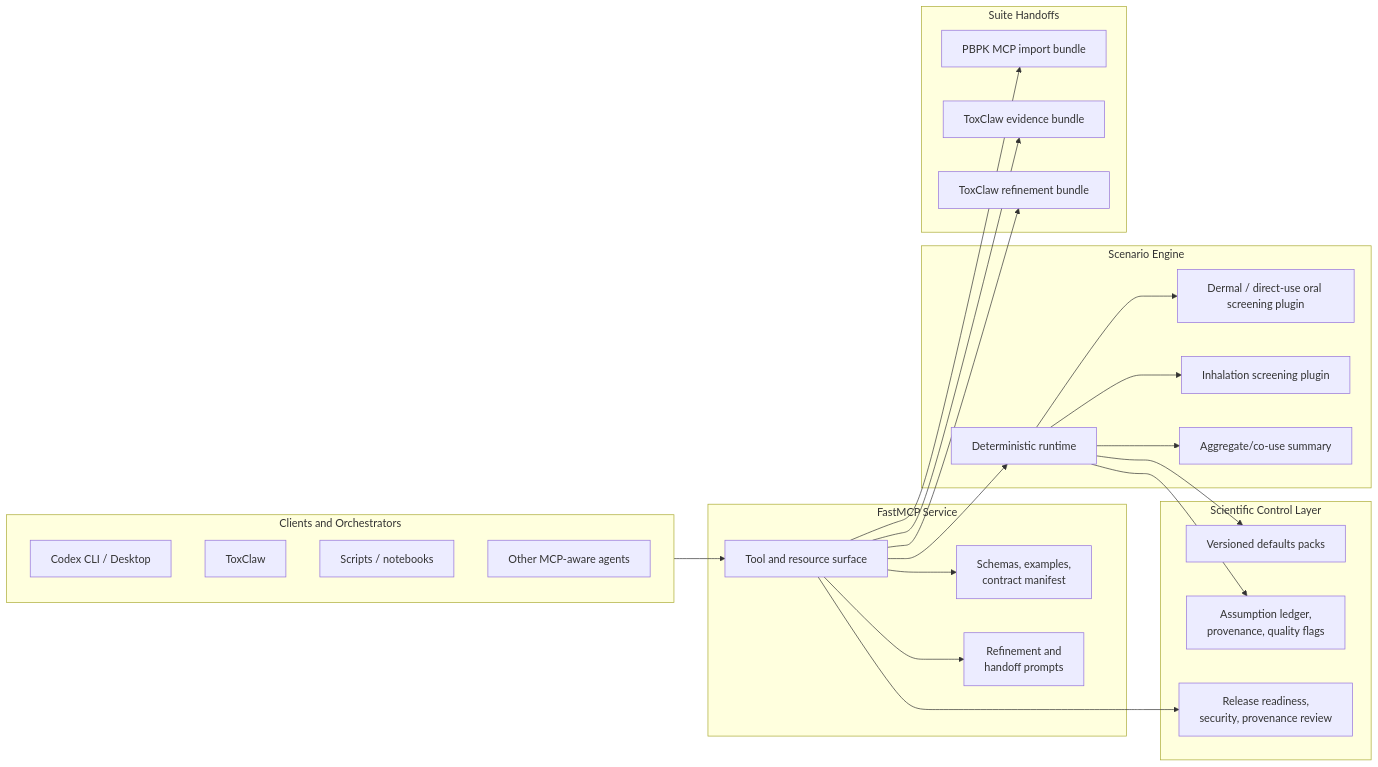
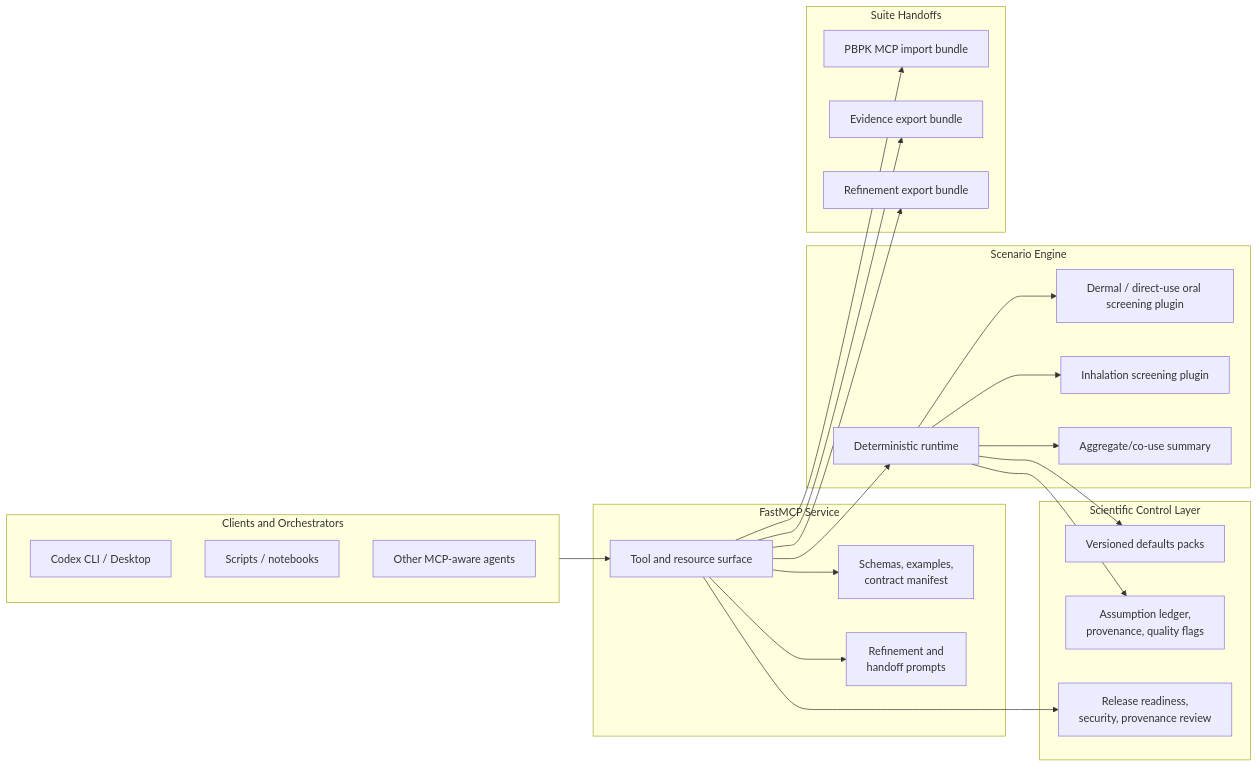
Before and after one commit to ToxMCP/direct-use-exposure-mcp: the diagram in README.md, drawn with Mermaid. The commit also changed other lines of this file, not shown here.

````diff
--- a/README.md
+++ b/README.md
@@ -19,48 +19,47 @@
 ```mermaid
 flowchart LR
     subgraph Clients["Clients and Orchestrators"]
         Codex["Codex CLI / Desktop"]
-        ToxClaw["ToxClaw"]
         Scripts["Scripts / notebooks"]
         Other["Other MCP-aware agents"]
     end
 
     subgraph MCP["FastMCP Service"]
         Server["Tool and resource surface"]
         Contracts["Schemas, examples,\ncontract manifest"]
         Prompts["Refinement and\nhandoff prompts"]
     end
 
     subgraph Engine["Scenario Engine"]
         Runtime["Deterministic runtime"]
         Screening["Dermal / direct-use oral screening plugin"]
         Inhalation["Inhalation screening plugin"]
         Aggregate["Aggregate/co-use summary"]
     end
 
     subgraph Evidence["Scientific Control Layer"]
         Defaults["Versioned defaults packs"]
         Provenance["Assumption ledger,\nprovenance, quality flags"]
         Review["Release readiness,\nsecurity, provenance review"]
     end
 
     subgraph Downstream["Suite Handoffs"]
         PBPK["PBPK MCP import bundle"]
-        EvidenceBundle["ToxClaw evidence bundle"]
-        Refinement["ToxClaw refinement bundle"]
+        EvidenceBundle["Evidence export bundle"]
+        Refinement["Refinement export bundle"]
     end
 
     Clients --> Server
     Server --> Contracts
     Server --> Prompts
     Server --> Runtime
     Runtime --> Screening
     Runtime --> Inhalation
     Runtime --> Aggregate
     Runtime --> Defaults
     Runtime --> Provenance
     Server --> Review
     Server --> PBPK
     Server --> EvidenceBundle
     Server --> Refinement
 ```
````
